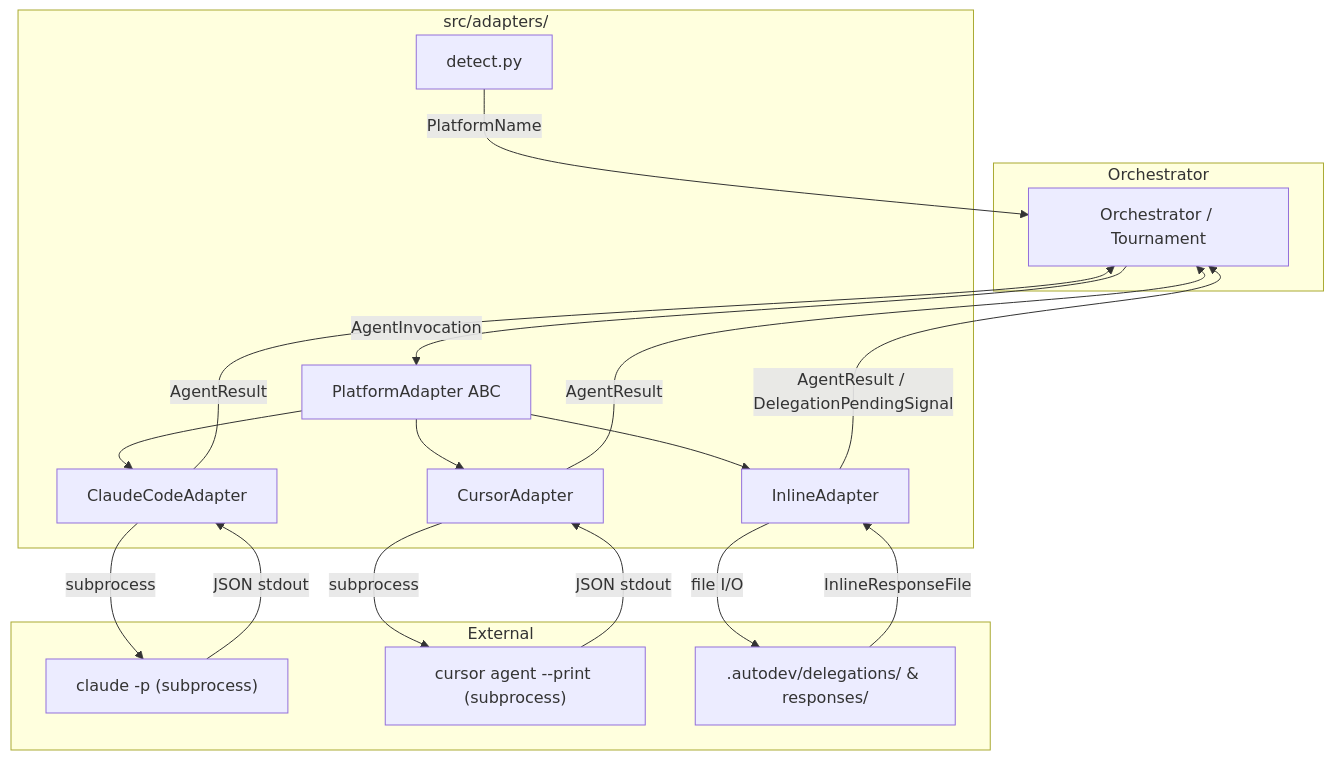
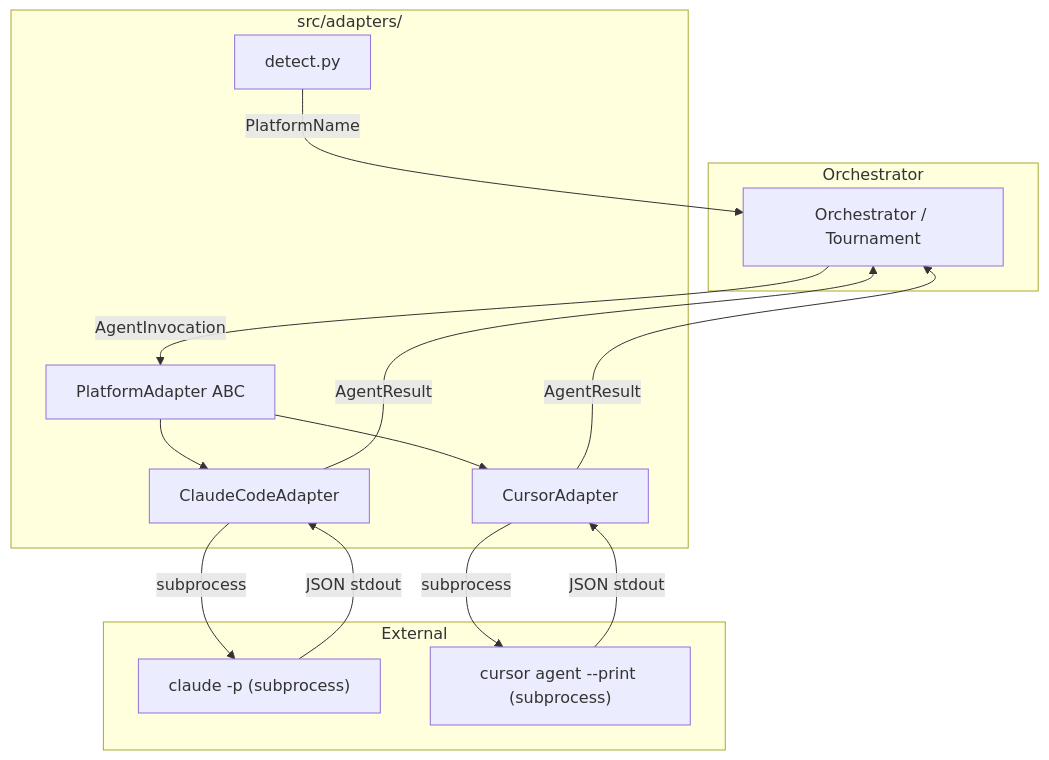
Before and after one commit to mohamedameen-io/AutoDev: the first of 2 diagrams in docs/design_documentation/adapters_design.md, drawn with Mermaid. The commit also changed other lines of this file and 2 other files, not shown here.

First line of the commit message:
docs: subprocess-only architecture for README + adapter ADR

````diff
--- a/docs/design_documentation/adapters_design.md
+++ b/docs/design_documentation/adapters_design.md
@@ -78,38 +85,32 @@
 ```mermaid
 flowchart TB
     subgraph Orchestrator
         O[Orchestrator / Tournament]
     end
 
     subgraph AdapterLayer["src/adapters/"]
         BASE[PlatformAdapter ABC]
         CC[ClaudeCodeAdapter]
         CUR[CursorAdapter]
-        INL[InlineAdapter]
         DET[detect.py]
     end
 
     subgraph External
         CLAUDE["claude -p (subprocess)"]
         CURSOR["cursor agent --print (subprocess)"]
-        FS[".autodev/delegations/ & responses/"]
     end
 
     O -->|"AgentInvocation"| BASE
     BASE --> CC
     BASE --> CUR
-    BASE --> INL
     DET -->|"PlatformName"| O
 
     CC -->|"subprocess"| CLAUDE
     CUR -->|"subprocess"| CURSOR
-    INL -->|"file I/O"| FS
 
     CLAUDE -->|"JSON stdout"| CC
     CURSOR -->|"JSON stdout"| CUR
-    FS -->|"InlineResponseFile"| INL
 
     CC -->|"AgentResult"| O
     CUR -->|"AgentResult"| O
-    INL -->|"AgentResult / DelegationPendingSignal"| O
 ```
````
